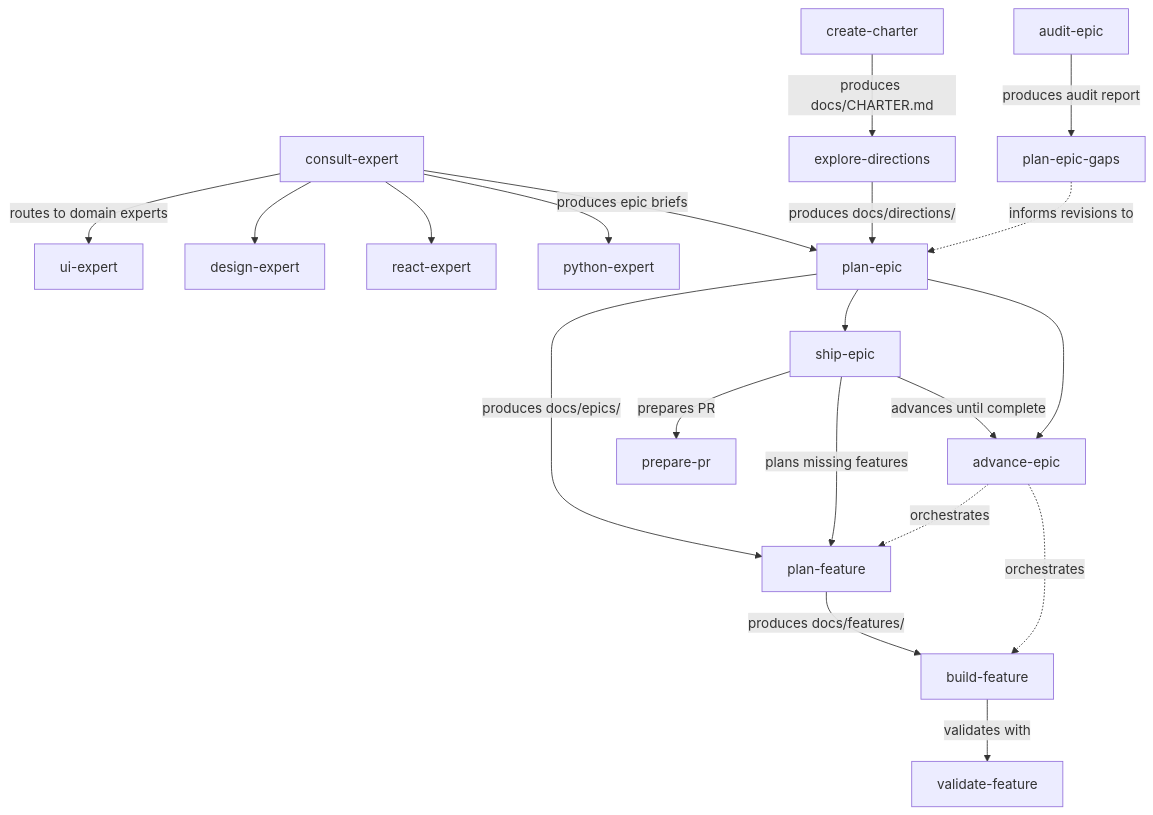
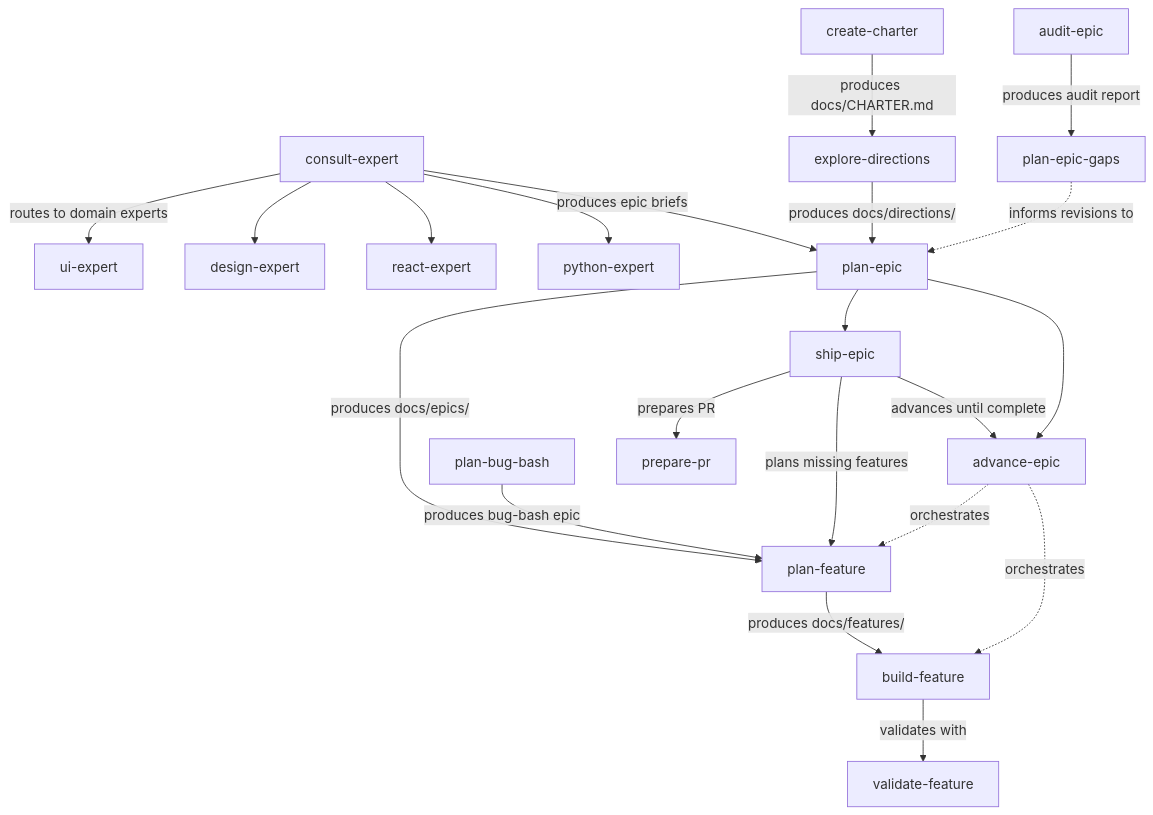
The first of 10 diagrams in README.md (pnewsam/skills), drawn with Mermaid before and after one commit. The commit also changed other lines of this file and 5 other files, not shown here.

Commit message:
Fix bug bash skills

````diff
--- a/README.md
+++ b/README.md
@@ -78,22 +77,23 @@
 ```mermaid
 flowchart TD
     CE[consult-expert] -->|routes to domain experts| UE[ui-expert]
     CE --> DX[design-expert]
     CE --> RE[react-expert]
     CE --> PY[python-expert]
     CE -->|produces epic briefs| PE
     CC[create-charter] -->|produces docs/CHARTER.md| ED[explore-directions]
     ED -->|produces docs/directions/| PE[plan-epic]
     PE -->|produces docs/epics/| PF[plan-feature]
+    PBB[plan-bug-bash] -->|produces bug-bash epic| PF
     PE --> SP[ship-epic]
     SP -->|plans missing features| PF
     SP -->|advances until complete| AE
     SP -->|prepares PR| PPR[prepare-pr]
     PF -->|produces docs/features/| BF[build-feature]
     BF -->|validates with| VF[validate-feature]
     PE --> AE[advance-epic]
     AE -.->|orchestrates| PF
     AE -.->|orchestrates| BF
     AE2[audit-epic] -->|produces audit report| PEG[plan-epic-gaps]
     PEG -.->|informs revisions to| PE
 ```
````
